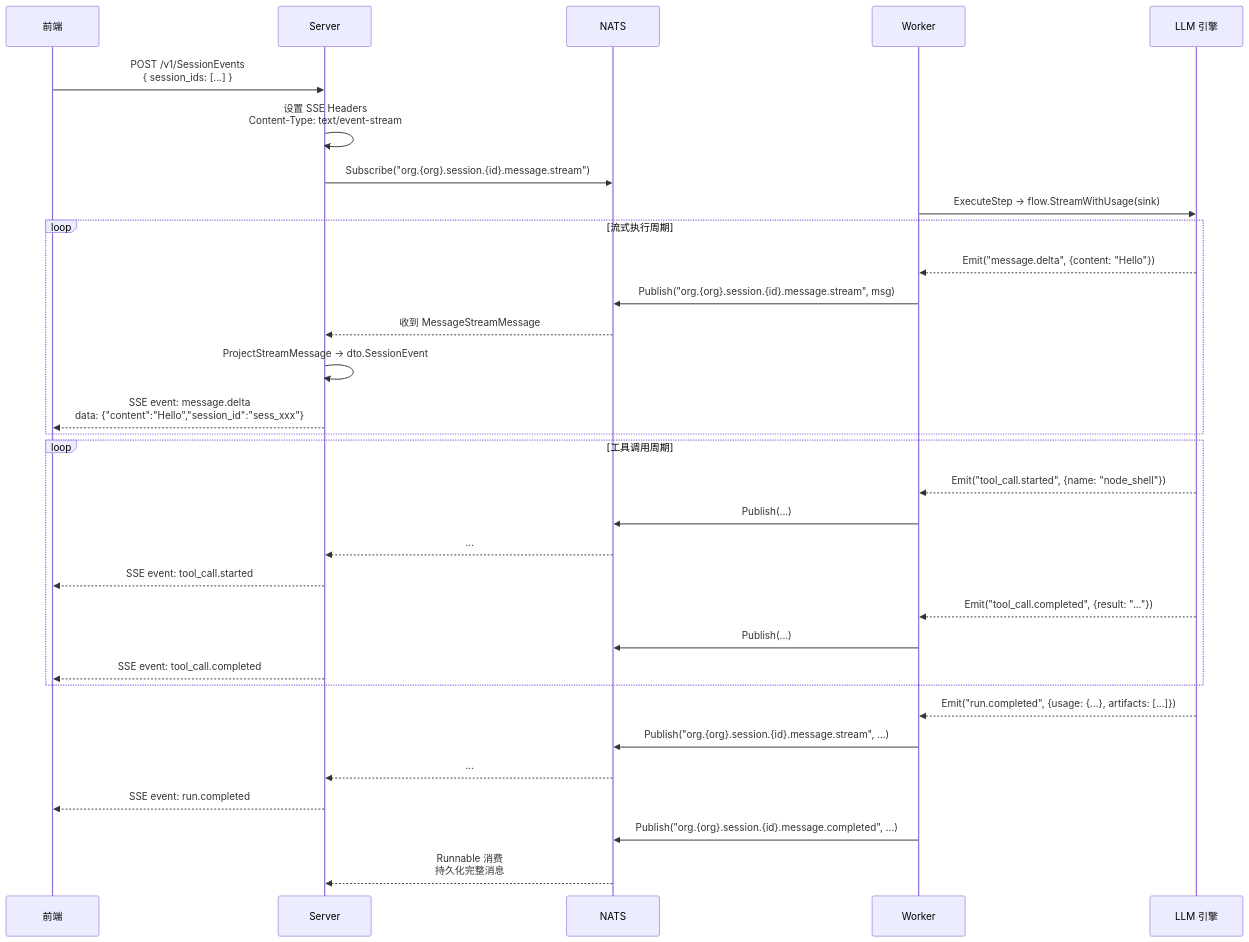
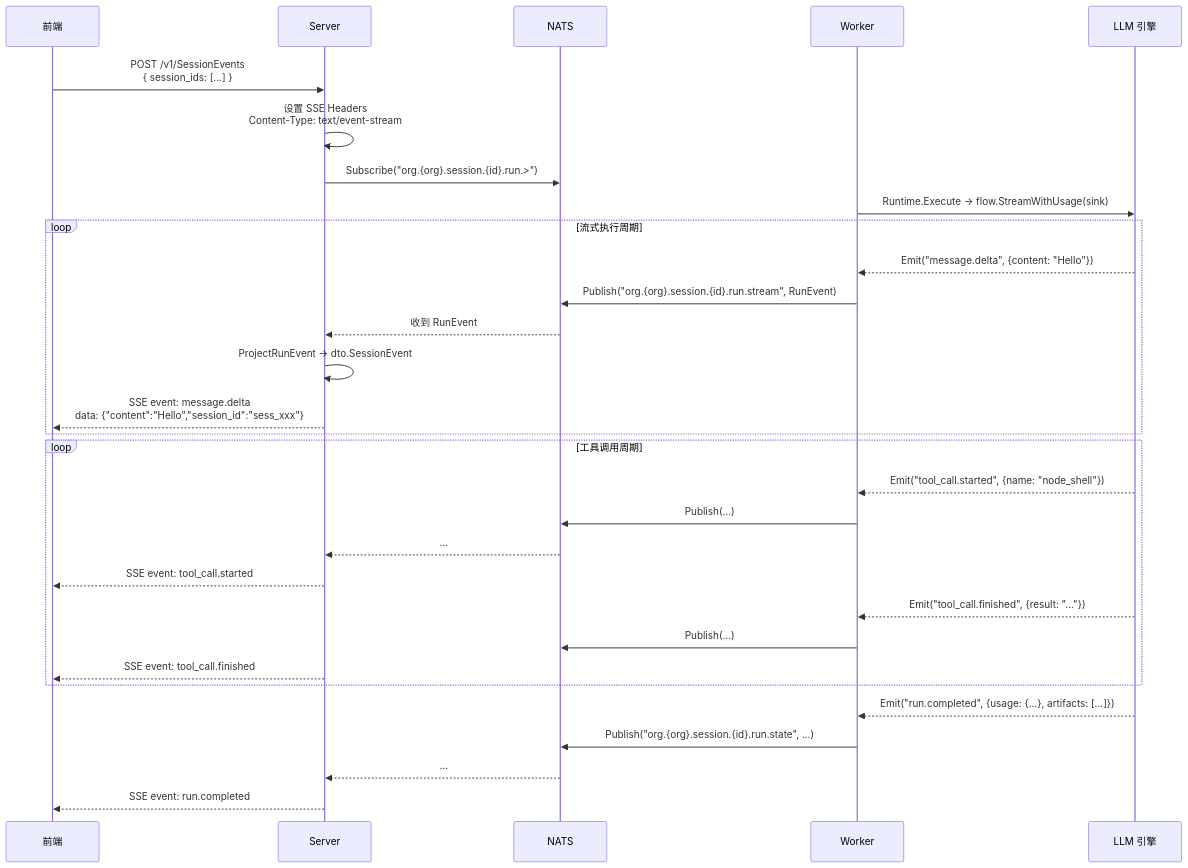
The seventh of 8 diagrams in agent-product/leros/user-session-full-flow.md (morehao/oss-insights), drawn with Mermaid before and after one commit. The commit also changed other lines of this file and 4 other files, not shown here.

Commit message:
docs(leros): update architecture and data flow documents

````diff
--- a/agent-product/leros/user-session-full-flow.md
+++ b/agent-product/leros/user-session-full-flow.md
@@ -318,40 +341,39 @@
 ```mermaid
 sequenceDiagram
     participant Frontend as 前端
     participant Server
     participant NATS
     participant Worker
     participant Engine as LLM 引擎
 
     Frontend->>Server: POST /v1/SessionEvents<br/>{ session_ids: [...] }
     Server->>Server: 设置 SSE Headers<br/>Content-Type: text/event-stream
-    Server->>NATS: Subscribe("org.{org}.session.{id}.message.stream")
+    Server->>NATS: Subscribe("org.{org}.session.{id}.run.>")
 
-    Worker->>Engine: ExecuteStep → flow.StreamWithUsage(sink)
+    Worker->>Engine: Runtime.Execute → flow.StreamWithUsage(sink)
 
     loop 流式执行周期
         Engine-->>Worker: Emit("message.delta", {content: "Hello"})
-        Worker->>NATS: Publish("org.{org}.session.{id}.message.stream", msg)
-        NATS-->>Server: 收到 MessageStreamMessage
-        Server->>Server: ProjectStreamMessage → dto.SessionEvent
+        Worker->>NATS: Publish("org.{org}.session.{id}.run.stream", RunEvent)
+        NATS-->>Server: 收到 RunEvent
+        Server->>Server: ProjectRunEvent → dto.SessionEvent
         Server-->>Frontend: SSE event: message.delta<br/>data: {"content":"Hello","session_id":"sess_xxx"}
     end
 
     loop 工具调用周期
         Engine-->>Worker: Emit("tool_call.started", {name: "node_shell"})
         Worker->>NATS: Publish(...)
         NATS-->>Server: ...
         Server-->>Frontend: SSE event: tool_call.started
-        Engine-->>Worker: Emit("tool_call.completed", {result: "..."})
+        Engine-->>Worker: Emit("tool_call.finished", {result: "..."})
         Worker->>NATS: Publish(...)
-        Server-->>Frontend: SSE event: tool_call.completed
+        Server-->>Frontend: SSE event: tool_call.finished
     end
 
     Engine-->>Worker: Emit("run.completed", {usage: {...}, artifacts: [...]})
-    Worker->>NATS: Publish("org.{org}.session.{id}.message.stream", ...)
+    Worker->>NATS: Publish("org.{org}.session.{id}.run.state", ...)
     NATS-->>Server: ...
     Server-->>Frontend: SSE event: run.completed
 
-    Worker->>NATS: Publish("org.{org}.session.{id}.message.completed", ...)
-    NATS-->>Server: Runnable 消费<br/>持久化完整消息
+    %% Terminal payload goes through run.state lane with RunCompletedPayload
 ```
````
